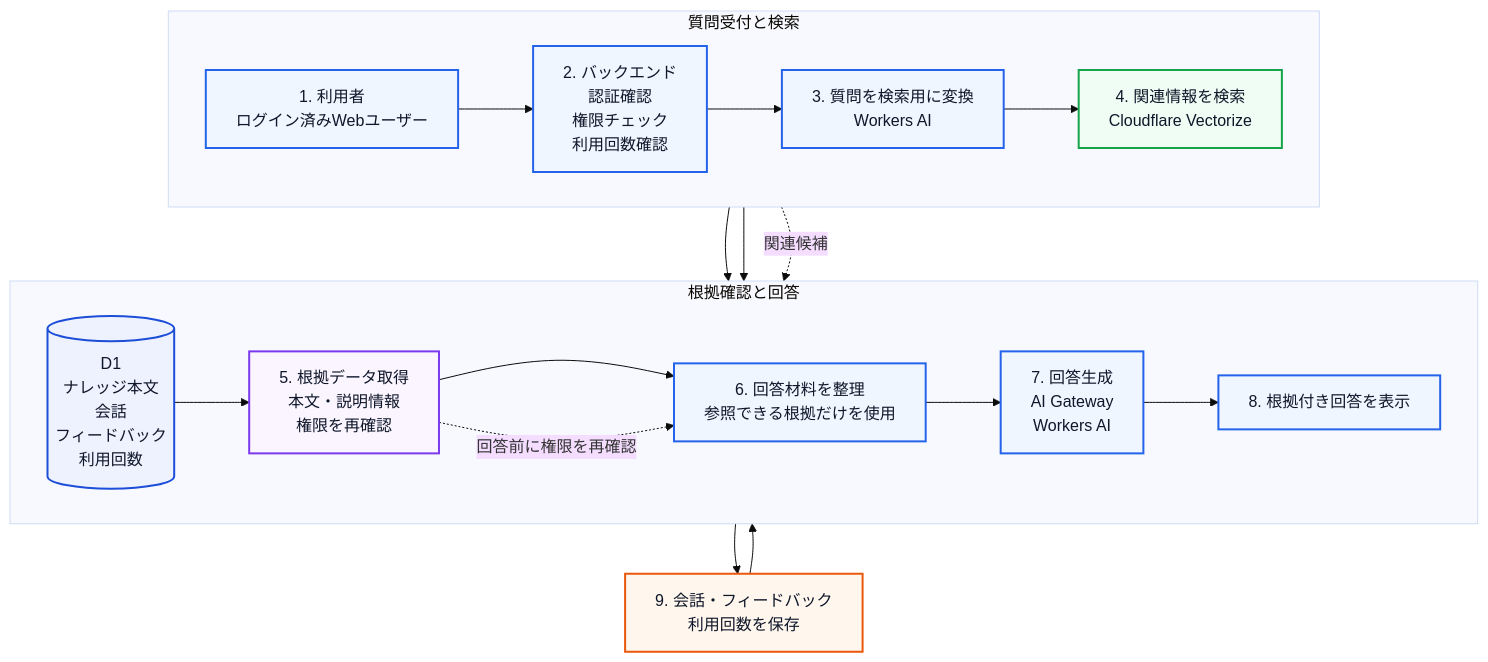
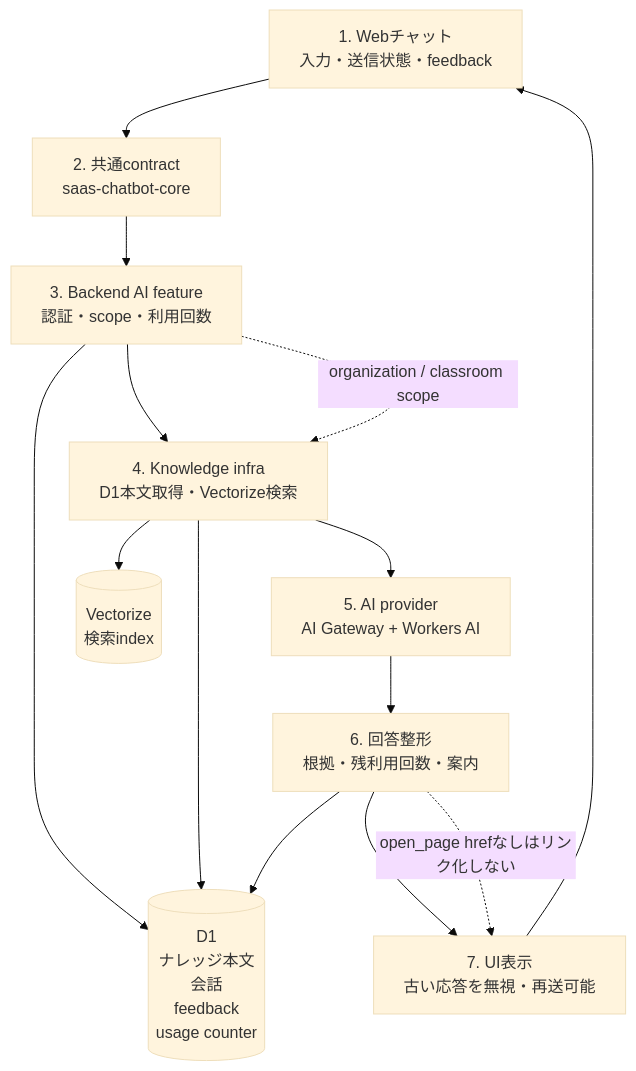
One commit to yuu19/reserve-app changed the diagram in apps/docs/static/manuals/common-ai-chatbot/ai-chatbot-rag-flow.mmd. Above: the diagram before and after it, drawn with Mermaid (base theme). The commit also changed 11 other files, not shown here.

```diff
--- a/apps/docs/static/manuals/common-ai-chatbot/ai-chatbot-rag-flow.mmd
+++ b/apps/docs/static/manuals/common-ai-chatbot/ai-chatbot-rag-flow.mmd
@@ -1,39 +1,24 @@
 flowchart TB
-  subgraph intake["質問受付と検索"]
-    direction LR
-    user --> backend --> embedding --> vector
-  end
+  web["1. Webチャット<br/>入力・送信状態・feedback"]
+  core["2. 共通contract<br/>saas-chatbot-core"]
+  route["3. Backend AI feature<br/>認証・scope・利用回数"]
+  search["4. Knowledge infra<br/>D1本文取得・Vectorize検索"]
+  provider["5. AI provider<br/>AI Gateway + Workers AI"]
+  answer["6. 回答整形<br/>根拠・残利用回数・案内"]
+  ui["7. UI表示<br/>古い応答を無視・再送可能"]
+  store[("D1<br/>ナレッジ本文<br/>会話<br/>feedback<br/>usage counter")]
+  vector[("Vectorize<br/>検索index")]
 
-  subgraph answerFlow["根拠確認と回答"]
-    direction LR
-    d1 --> retrieve --> prompt --> answer --> response
-  end
+  web --> core --> route
+  route --> store
+  route --> search
+  search --> store
+  search --> vector
+  search --> provider
+  provider --> answer
+  answer --> store
+  answer --> ui
+  ui --> web
 
-  user["1. 利用者<br/>ログイン済みWebユーザー"]
-  backend["2. バックエンド<br/>認証確認<br/>権限チェック<br/>利用回数確認"]
-  embedding["3. 質問を検索用に変換<br/>Workers AI"]
-  vector["4. 関連情報を検索<br/>Cloudflare Vectorize"]
-  d1[("D1<br/>ナレッジ本文<br/>会話<br/>フィードバック<br/>利用回数")]
-  retrieve["5. 根拠データ取得<br/>本文・説明情報<br/>権限を再確認"]
-  prompt["6. 回答材料を整理<br/>参照できる根拠だけを使用"]
-  answer["7. 回答生成<br/>AI Gateway<br/>Workers AI"]
-  response["8. 根拠付き回答を表示"]
-  save["9. 会話・フィードバック<br/>利用回数を保存"]
-
-  backend --> d1
-  vector --> retrieve
-  response --> save --> d1
-  vector -. "関連候補" .-> retrieve
-  retrieve -. "回答前に権限を再確認" .-> prompt
-
-  classDef blue fill:#eff6ff,stroke:#2563eb,stroke-width:2px,color:#0f172a;
-  classDef green fill:#f0fdf4,stroke:#16a34a,stroke-width:2px,color:#0f172a;
-  classDef purple fill:#faf5ff,stroke:#7c3aed,stroke-width:2px,color:#0f172a;
-  classDef orange fill:#fff7ed,stroke:#ea580c,stroke-width:2px,color:#0f172a;
-  classDef data fill:#eef2ff,stroke:#1d4ed8,stroke-width:2px,color:#0f172a;
-
-  class user,backend,embedding,prompt,answer,response blue;
-  class vector green;
-  class retrieve purple;
-  class save orange;
-  class d1 data;
+  route -. "organization / classroom scope" .-> search
+  answer -. "open_page hrefなしはリンク化しない" .-> ui
```
